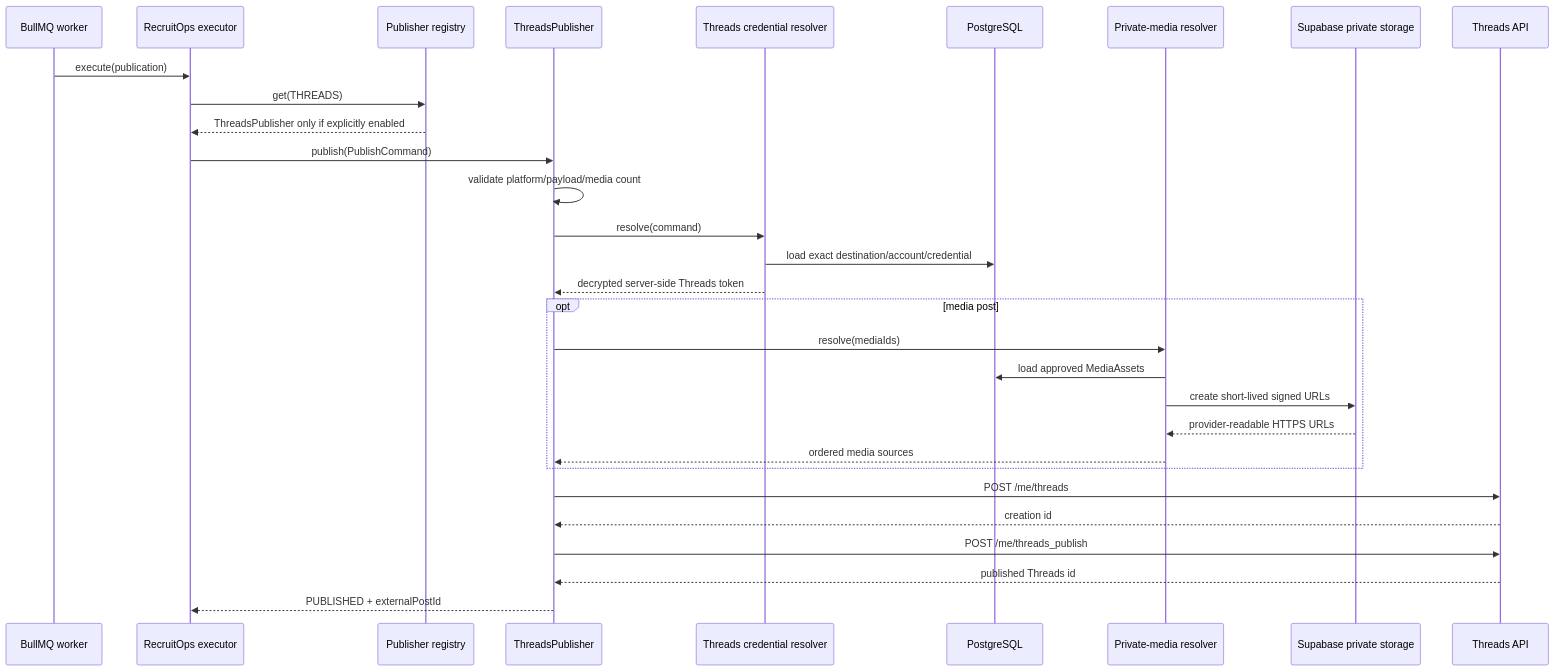
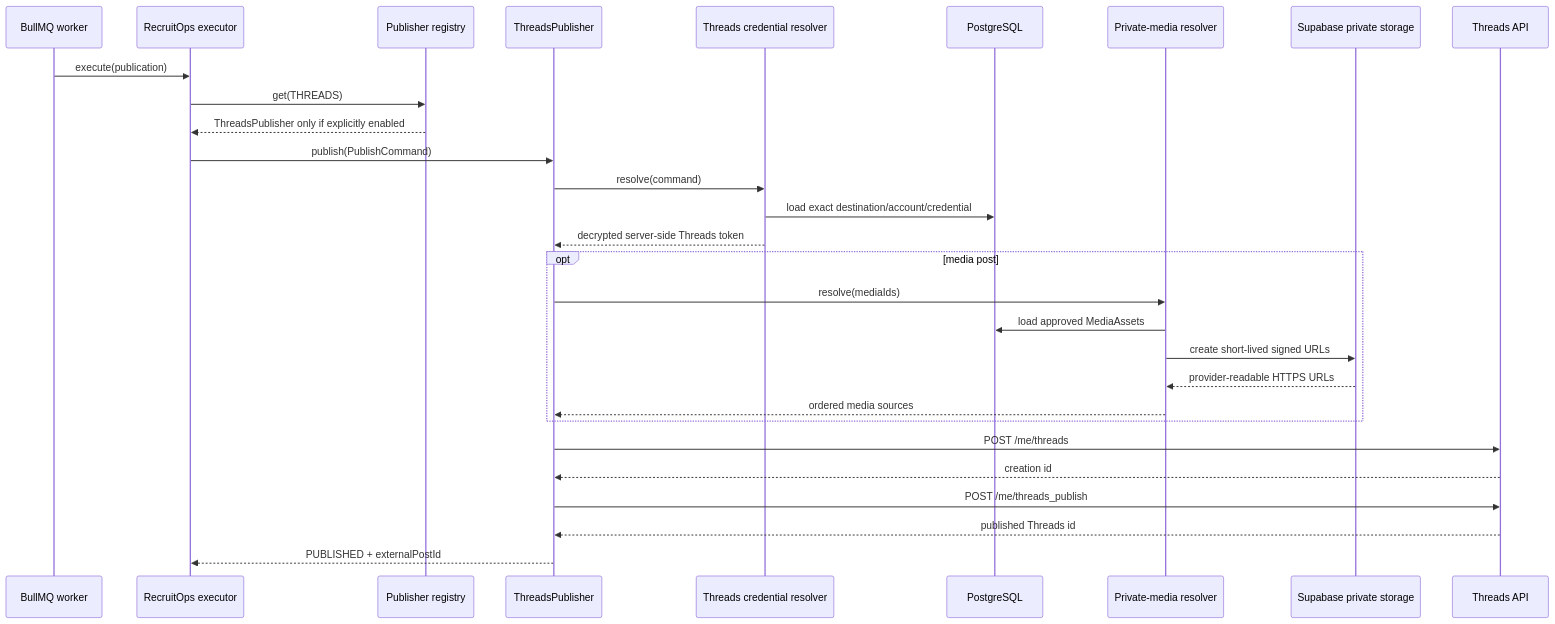
Before and after one commit to vitoo16/recruitops-platform: the second of 2 diagrams in docs/architecture/threads-publishing.md, drawn with Mermaid. The commit also changed other lines of this file, not shown here.

````diff
--- a/docs/architecture/threads-publishing.md
+++ b/docs/architecture/threads-publishing.md
@@ -69,33 +117,32 @@
 ```mermaid
 sequenceDiagram
     participant Queue as BullMQ worker
     participant Executor as RecruitOps executor
     participant Registry as Publisher registry
     participant Adapter as ThreadsPublisher
     participant Context as Threads credential resolver
     participant DB as PostgreSQL
     participant Media as Private-media resolver
     participant Storage as Supabase private storage
     participant Threads as Threads API
 
     Queue->>Executor: execute(publication)
     Executor->>Registry: get(THREADS)
     Registry-->>Executor: ThreadsPublisher only if explicitly enabled
     Executor->>Adapter: publish(PublishCommand)
-    Adapter->>Adapter: validate platform/payload/media count
     Adapter->>Context: resolve(command)
     Context->>DB: load exact destination/account/credential
     Context-->>Adapter: decrypted server-side Threads token
     opt media post
         Adapter->>Media: resolve(mediaIds)
         Media->>DB: load approved MediaAssets
         Media->>Storage: create short-lived signed URLs
         Storage-->>Media: provider-readable HTTPS URLs
         Media-->>Adapter: ordered media sources
     end
     Adapter->>Threads: POST /me/threads
     Threads-->>Adapter: creation id
     Adapter->>Threads: POST /me/threads_publish
     Threads-->>Adapter: published Threads id
     Adapter-->>Executor: PUBLISHED + externalPostId
 ```
````
